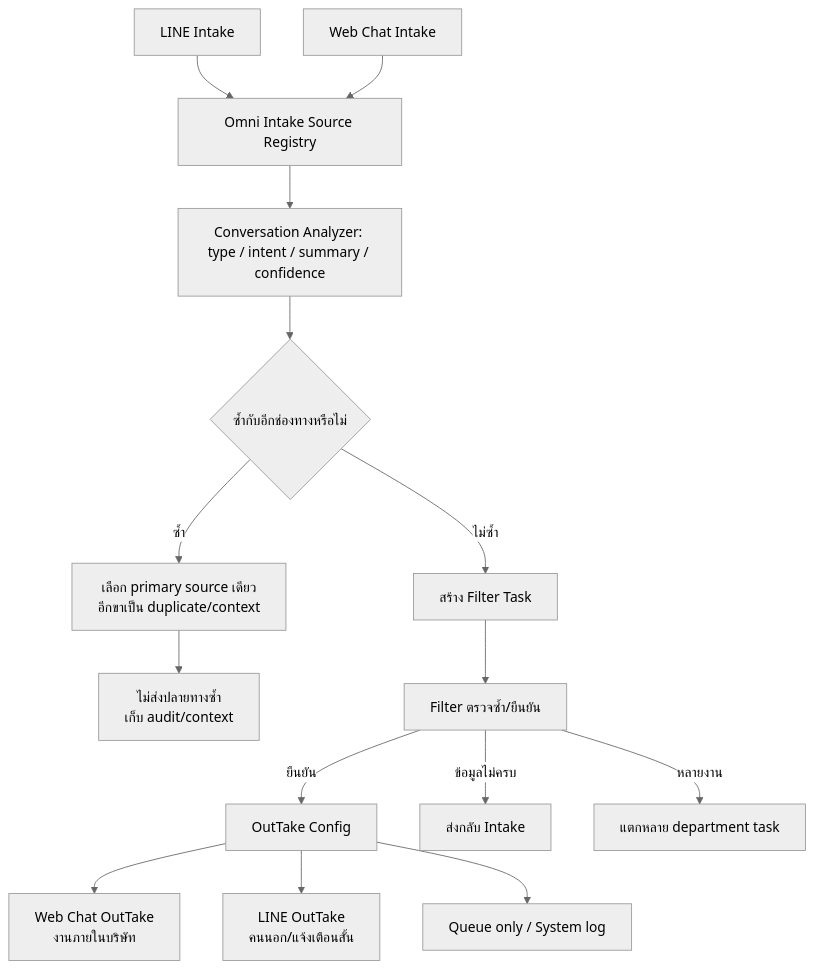
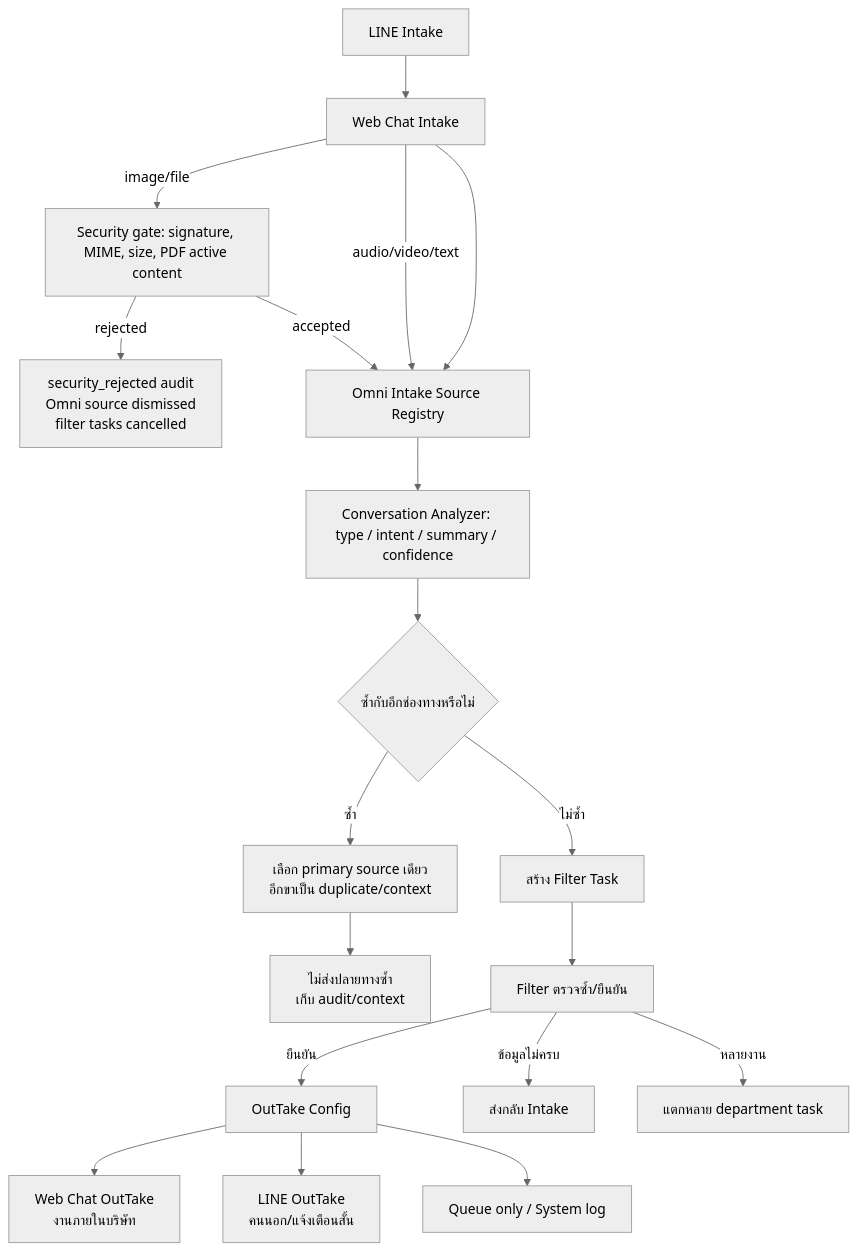
Before and after one commit to paramonjong-afk/WisdomAI: the diagram in docs/OMNI_CHANNEL_INTAKE_OUTTAKE_FLOW.md, drawn with Mermaid (neutral theme). The commit also changed other lines of this file and 3 other files, not shown here.

Commit message:
fix: close intake security review gaps

````diff
--- a/docs/OMNI_CHANNEL_INTAKE_OUTTAKE_FLOW.md
+++ b/docs/OMNI_CHANNEL_INTAKE_OUTTAKE_FLOW.md
@@ -3,17 +3,21 @@
 ```mermaid
 flowchart TD
-  A[LINE Intake] --> C[Omni Intake Source Registry]
+  A[LINE Intake] --> B{Document or media?}
+  B -->|image/file| S[Security gate: signature, MIME, size, PDF active content]
+  S -->|rejected| R[security_rejected audit\nOmni source dismissed\nfilter tasks cancelled]
+  S -->|accepted| C[Omni Intake Source Registry]
+  B -->|audio/video/text| C
   B[Web Chat Intake] --> C
   C --> D[Conversation Analyzer: type / intent / summary / confidence]
   D --> E{ซ้ำกับอีกช่องทางหรือไม่}
   E -->|ซ้ำ| F[เลือก primary source เดียว\nอีกขาเป็น duplicate/context]
   E -->|ไม่ซ้ำ| G[สร้าง Filter Task]
   F --> H[ไม่ส่งปลายทางซ้ำ\nเก็บ audit/context]
   G --> I[Filter ตรวจซ้ำ/ยืนยัน]
   I -->|ยืนยัน| J[OutTake Config]
   I -->|ข้อมูลไม่ครบ| K[ส่งกลับ Intake]
   I -->|หลายงาน| L[แตกหลาย department task]
   J --> M[Web Chat OutTake\nงานภายในบริษัท]
   J --> N[LINE OutTake\nคนนอก/แจ้งเตือนสั้น]
   J --> O[Queue only / System log]
 ```
````
